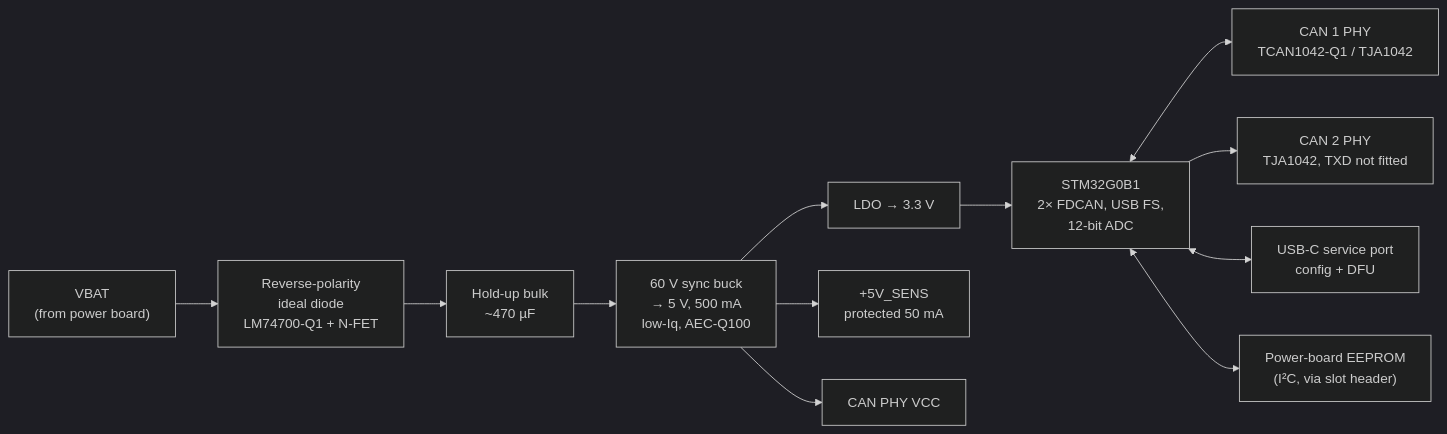
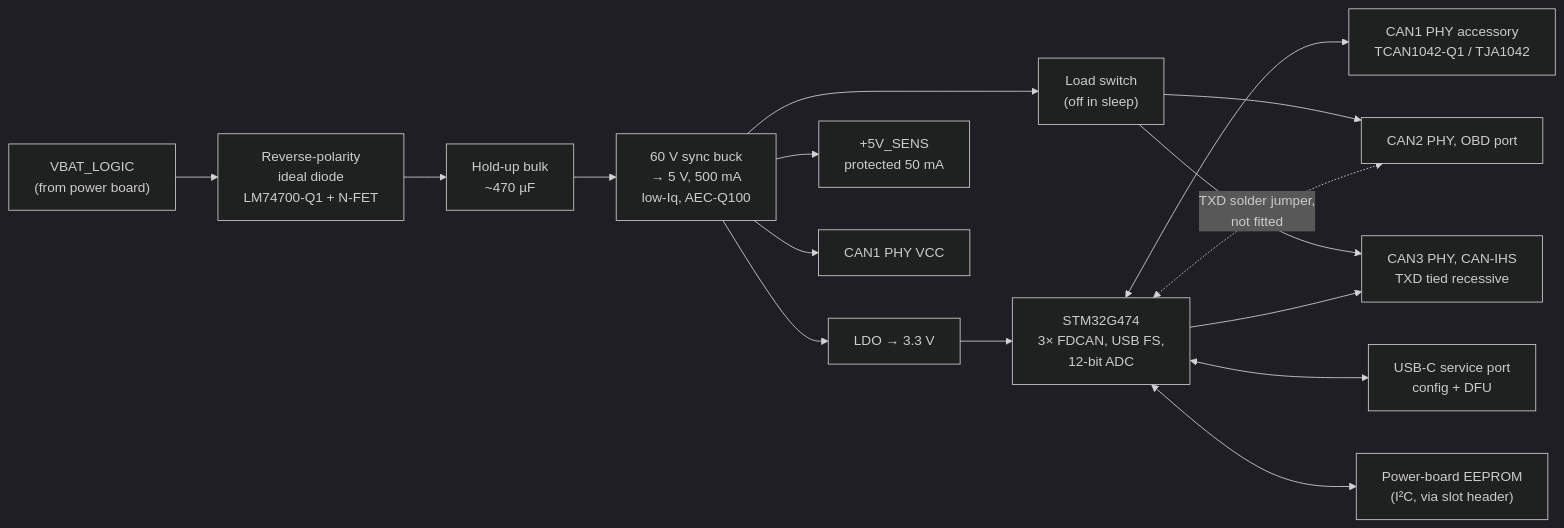
The diagram in power-control-module/docs/05-logic-power-can.md (jeffmincey/playground), drawn with Mermaid (dark theme) before and after one commit. The commit also changed other lines of this file and 19 other files, not shown here.

````diff
--- a/power-control-module/docs/05-logic-power-can.md
+++ b/power-control-module/docs/05-logic-power-can.md
@@ -8,14 +8,18 @@
 ```mermaid
 flowchart LR
-    VB["VBAT<br/>(from power board)"] --> RP["Reverse-polarity<br/>ideal diode<br/>LM74700-Q1 + N-FET"]
+    VB["VBAT_LOGIC<br/>(from power board)"] --> RP["Reverse-polarity<br/>ideal diode<br/>LM74700-Q1 + N-FET"]
     RP --> HU["Hold-up bulk<br/>~470 µF"]
     HU --> BUCK["60 V sync buck<br/>→ 5 V, 500 mA<br/>low-Iq, AEC-Q100"]
     BUCK --> LDO["LDO → 3.3 V"]
     BUCK --> S5["+5V_SENS<br/>protected 50 mA"]
-    BUCK --> CANP["CAN PHY VCC"]
-    LDO --> MCU["STM32G0B1<br/>2× FDCAN, USB FS,<br/>12-bit ADC"]
-    MCU <--> T1["CAN 1 PHY<br/>TCAN1042-Q1 / TJA1042"]
-    MCU --> T2["CAN 2 PHY<br/>TJA1042, TXD not fitted"]
+    BUCK --> CANP["CAN1 PHY VCC"]
+    BUCK --> VSW["Load switch<br/>(off in sleep)"]
+    VSW --> T2
+    VSW --> T3
+    LDO --> MCU["STM32G474<br/>3× FDCAN, USB FS,<br/>12-bit ADC"]
+    MCU <--> T1["CAN1 PHY accessory<br/>TCAN1042-Q1 / TJA1042"]
+    MCU <-.->|"TXD solder jumper,<br/>not fitted"| T2["CAN2 PHY, OBD port"]
+    MCU --> T3["CAN3 PHY, CAN-IHS<br/>TXD tied recessive"]
     MCU <--> USB["USB-C service port<br/>config + DFU"]
     MCU <--> EE["Power-board EEPROM<br/>(I²C, via slot header)"]
 ```
````
